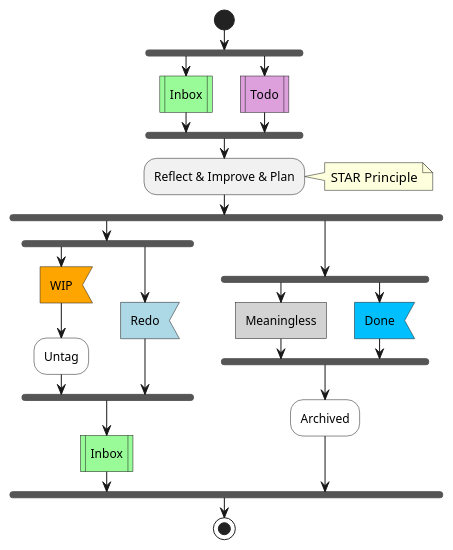
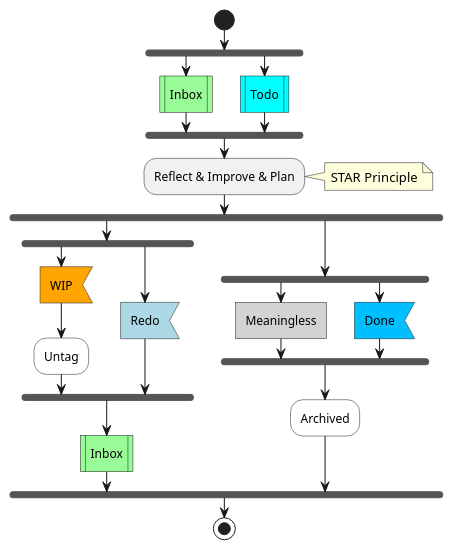
The third of 3 diagrams in snips/principles/gtd-actual.md (IceHe/icehe-lib), drawn with PlantUML before and after one commit. The commit also changed other lines of this file and 1 other file, not shown here.

````diff
--- a/snips/principles/gtd-actual.md
+++ b/snips/principles/gtd-actual.md
@@ -86,29 +85,29 @@
 ```plantuml
 @startuml
 start
 fork
     #paleGreen:Inbox|
 fork again
-    #plum:Todo|
+    #aqua:Todo|
 end fork
 :Reflect & Improve & Plan;
 note right : STAR Principle
 fork
     fork
         #orange:WIP<
         #white:Untag;
     fork again
         #lightBlue:Redo<
     end fork
     #paleGreen:Inbox|
 fork again
     fork
         #lightGray:Meaningless]
     fork again
         #deepSkyBlue:Done<
     end fork
     #white:Archived;
 end fork
 stop
 @enduml
 ```
````
